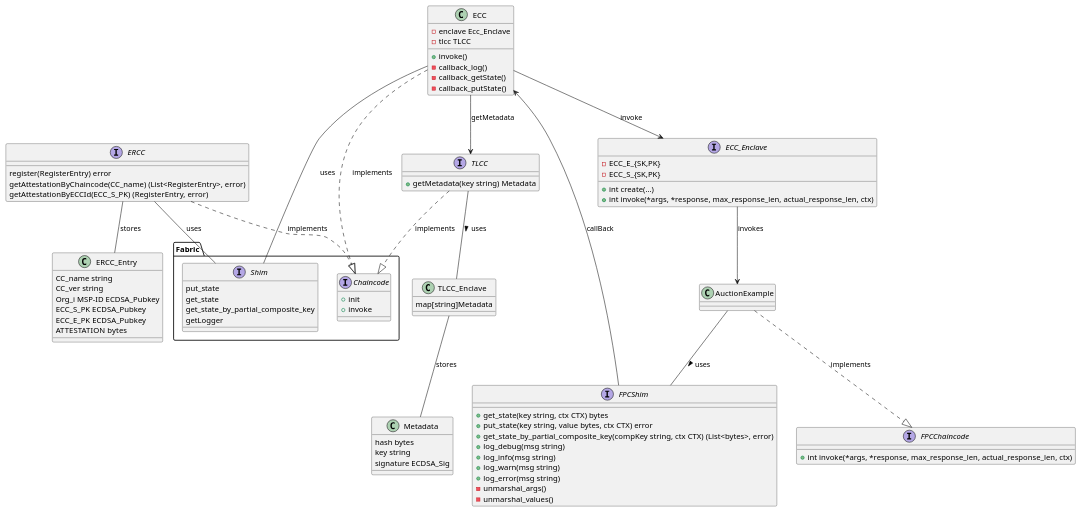
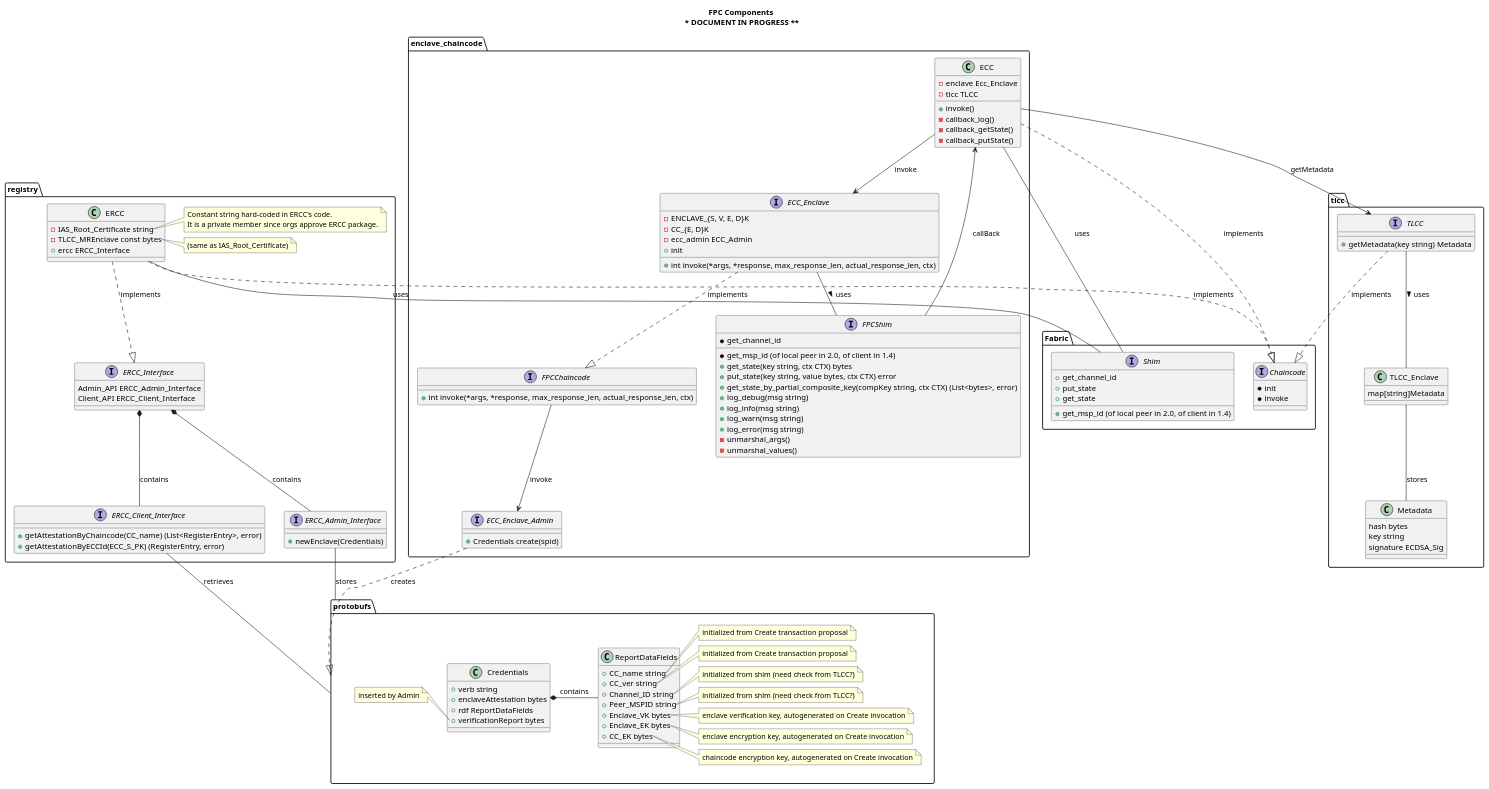
One commit to hyperledger/fabric-private-chaincode changed the diagram in docs/design/fabric-v2+/fpc-components.puml. Above: the diagram before and after it, drawn with PlantUML. The commit also changed 1 other file, not shown here.

Commit message:
ercc/registration/component diagrams

```diff
--- a/docs/design/fabric-v2+/fpc-components.puml
+++ b/docs/design/fabric-v2+/fpc-components.puml
@@ -8,109 +8,198 @@
 @startuml
 
-class ERCC_Entry {
-    CC_name string
-    CC_ver string
-    Org_i MSP-ID ECDSA_Pubkey
-    ECC_S_PK ECDSA_Pubkey
-    ECC_E_PK ECDSA_Pubkey
-    ATTESTATION bytes
+title FPC Components\n ***** DOCUMENT IN PROGRESS ******
+
+top to bottom direction
+
+package protobufs {
+
+class ReportDataFields {
+    + CC_name string
+    + CC_ver string
+    + Channel_ID string
+    + Peer_MSPID string
+    + Enclave_VK bytes
+    + Enclave_EK bytes
+    + CC_EK bytes
 }
 
-interface ERCC {
-    register(RegisterEntry) error
-    getAttestationByChaincode(CC_name) (List<RegisterEntry>, error)
-    getAttestationByECCId(ECC_S_PK) (RegisterEntry, error)
+note right of ReportDataFields::CC_name #FFaa00
+    initialized from Create transaction proposal
+end note
+note right of ReportDataFields::CC_ver #FFaa00
+    initialized from Create transaction proposal
+end note
+note right of ReportDataFields::Channel_ID #FFaa00
+    initialized from shim (need check from TLCC?)
+end note
+note right of ReportDataFields::Peer_MSPID #FFaa00
+    initialized from shim (need check from TLCC?)
+end note
+note right of ReportDataFields::Enclave_VK #FFaa00
+    enclave verification key, autogenerated on Create invocation
+end note
+note right of ReportDataFields::Enclave_EK #FFaa00
+    enclave encryption key, autogenerated on Create invocation
+end note
+note right of ReportDataFields::CC_EK
+    chaincode encryption key, autogenerated on Create invocation
+end note
+
+class Credentials {
+    + verb string
+    + enclaveAttestation bytes
+    + rdf ReportDataFields
+    + verificationReport bytes
 }
+
+note left of Credentials::verificationReport
+    inserted by Admin
+end note
+
+} /' package protobufs '/
+
+Credentials *- ReportDataFields: contains
+
+package registry {
+
+class ERCC {
+    - IAS_Root_Certificate string
+    - TLCC_MREnclave const bytes
+    + ercc ERCC_Interface
+}
+
+note right of ERCC::IAS_Root_Certificate
+    Constant string hard-coded in ERCC's code.
+    It is a private member since orgs approve ERCC package.
+end note
+
+note right of ERCC::TLCC_MREnclave
+    (same as IAS_Root_Certificate)
+end note
+
+interface ERCC_Admin_Interface {
+    + newEnclave(Credentials)
+}
+
+interface ERCC_Client_Interface {
+    + getAttestationByChaincode(CC_name) (List<RegisterEntry>, error)
+    + getAttestationByECCId(ECC_S_PK) (RegisterEntry, error)
+}
+
+interface ERCC_Interface {
+    Admin_API ERCC_Admin_Interface
+    Client_API ERCC_Client_Interface
+}
+
+} /' package registry '/
+
+ERCC_Interface *-- ERCC_Admin_Interface: contains
+ERCC_Interface *-- ERCC_Client_Interface: contains
+
+ERCC_Admin_Interface -down- protobufs: stores
+ERCC_Client_Interface -down- protobufs: retrieves
 
 package Fabric {
 
     interface Shim {
-        put_state
-        get_state
-        get_state_by_partial_composite_key
-        getLogger
+        + get_channel_id
+        + get_msp_id (of local peer in 2.0, of client in 1.4)
+        + put_state
+        + get_state
+        ' * get_state_by_partial_composite_key
+        ' * getLogger
     }
 
     interface Chaincode {
-        + init
-        + invoke
+        * init
+        * invoke
     }
 }
+
+package enclave_chaincode {
 
 class ECC {
     - enclave Ecc_Enclave
     - tlcc TLCC
     + invoke()
     - callback_log()
     - callback_getState()
     - callback_putState()
 }
 
+interface ECC_Enclave_Admin {
+    + Credentials create(spid)
+}
+
 interface ECC_Enclave {
-    - ECC_E_{SK,PK}
-    - ECC_S_{SK,PK}
-    + int create(...)
+    - ENCLAVE_{S, V, E, D}K
+    - CC_{E, D}K
+    - ecc_admin ECC_Admin
+    + --init--
     + int invoke(*args, *response, max_response_len, actual_response_len, ctx)
 }
 
 interface FPCShim {
+    * get_channel_id
+    * get_msp_id (of local peer in 2.0, of client in 1.4)
 	+ get_state(key string, ctx CTX) bytes
 	+ put_state(key string, value bytes, ctx CTX) error
     + get_state_by_partial_composite_key(compKey string, ctx CTX) (List<bytes>, error)
     + log_debug(msg string)
     + log_info(msg string)
     + log_warn(msg string)
     + log_error(msg string)
 	- unmarshal_args()
 	- unmarshal_values()
 }
 
 interface FPCChaincode {
     + int invoke(*args, *response, max_response_len, actual_response_len, ctx)
 }
+
+} /' package enclave chaincode '/
+
+package tlcc {
 
 interface TLCC {
     + getMetadata(key string) Metadata
 }
 
 class TLCC_Enclave {
     map[string]Metadata
 }
 
 
 class Metadata {
     hash bytes
     key string
     signature ECDSA_Sig
 }
 
-class AuctionExample {
-}
+TLCC_Enclave -down- Metadata : stores
 
+} /' package tlcc'/
 
-TLCC_Enclave -- Metadata : stores
+ECC .down.|> Chaincode : implements
+TLCC .down.|> Chaincode : implements
+ERCC .down.|> Chaincode : implements
+ERCC .down.|> ERCC_Interface : implements
 
+ECC_Enclave .down.|> FPCChaincode: implements
+FPCChaincode -down-> ECC_Enclave_Admin : invoke
 
-ECC ..|> Chaincode : implements
-TLCC ..|> Chaincode : implements
-ERCC ..|> Chaincode : implements
+ECC_Enclave_Admin .down.|> protobufs: creates
 
-AuctionExample ..|> FPCChaincode: implements
-
-ECC --> ECC_Enclave : invoke
-ECC -- Shim : uses
+ECC -down-> ECC_Enclave : invoke
+ECC -down- Shim : uses
 ECC --> TLCC : getMetadata
 
 ERCC -- Shim : uses
 
-TLCC -- TLCC_Enclave : uses >
+TLCC -down- TLCC_Enclave : uses >
 
-AuctionExample -- FPCShim : uses >
+ECC_Enclave -down- FPCShim : uses >
 
-ERCC -- ERCC_Entry: stores
-
-ECC_Enclave --> AuctionExample : invokes
-
-FPCShim --> ECC : callBack
+FPCShim -up-> ECC : callBack
 
 @enduml
```
